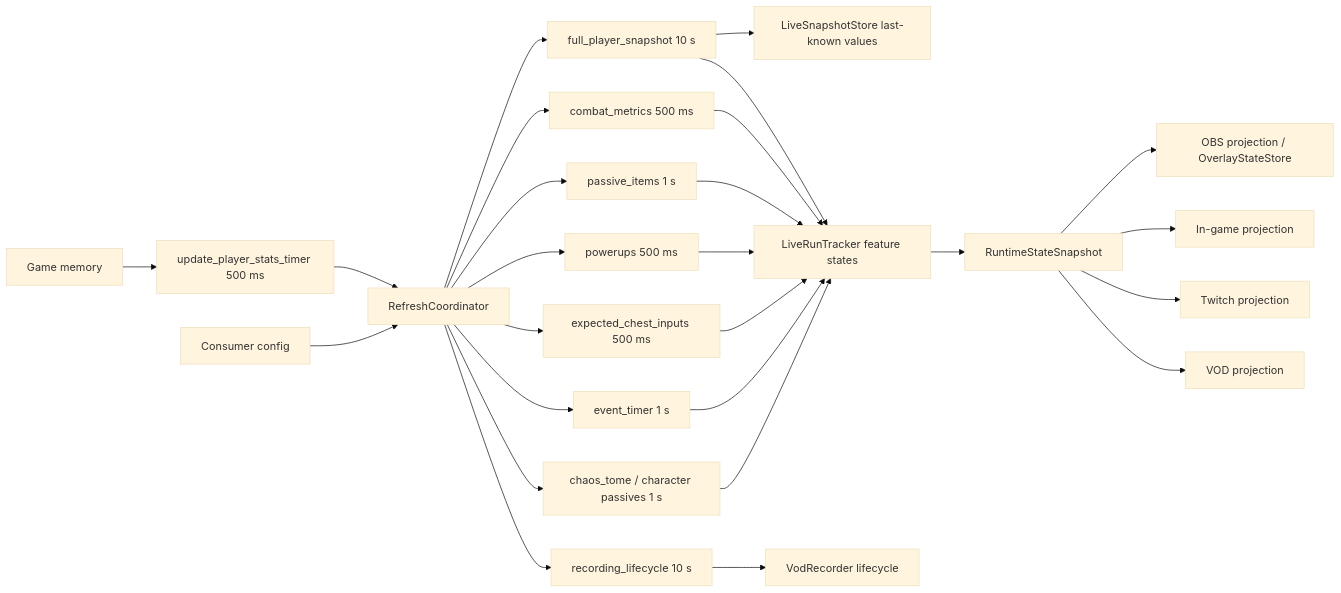
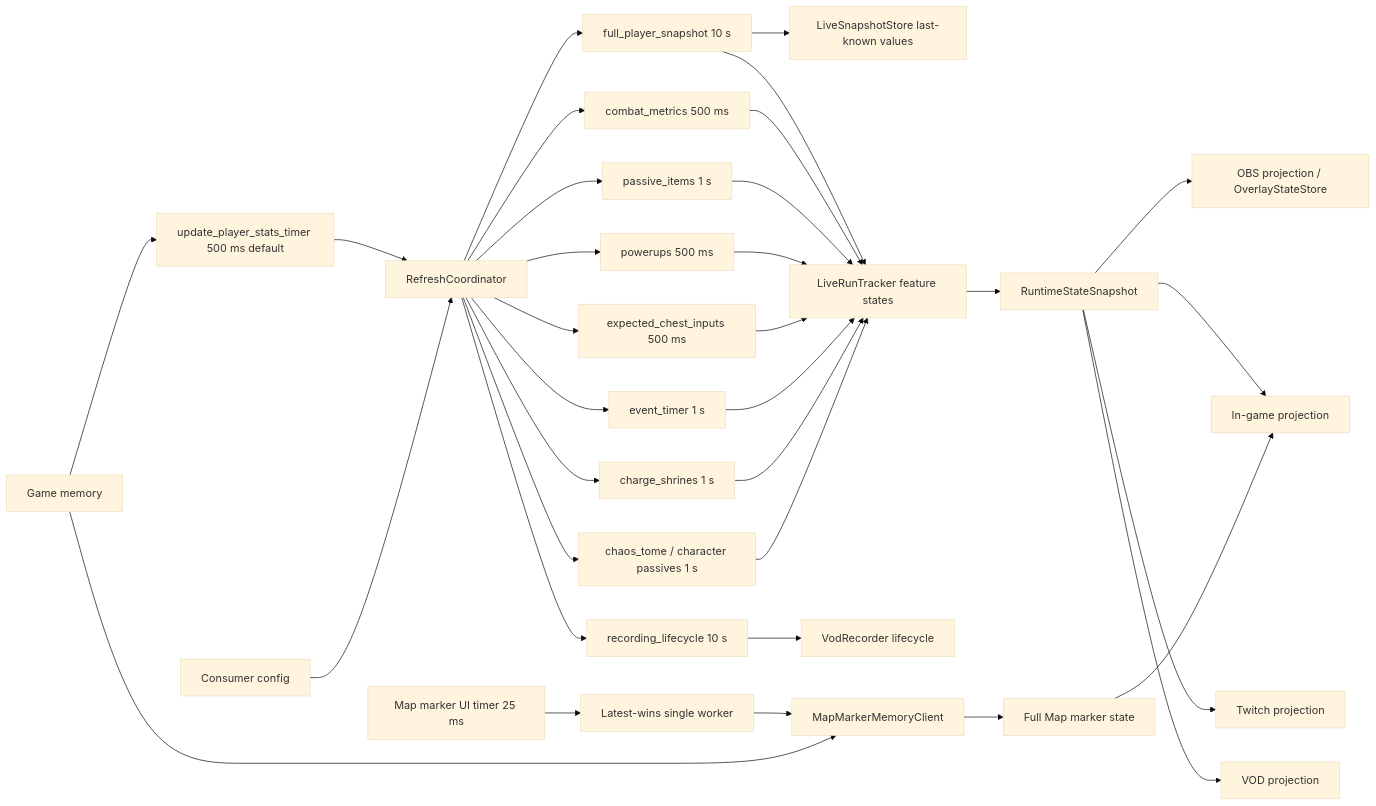
Before and after one commit to ALuiell/BonkScanner: the first of 2 diagrams in docs/design/app/data_flow_architecture.md, drawn with Mermaid (base theme). The commit also changed other lines of this file and 30 other files, not shown here.

````diff
--- a/docs/design/app/data_flow_architecture.md
+++ b/docs/design/app/data_flow_architecture.md
@@ -8,28 +10,35 @@
 ```mermaid
 flowchart LR
-    Memory[Game memory] --> Driver[update_player_stats_timer 500 ms]
+    Memory[Game memory] --> Driver[update_player_stats_timer 500 ms default]
     Driver --> Coordinator[RefreshCoordinator]
     Config[Consumer config] --> Coordinator
     Coordinator --> Lifecycle[recording_lifecycle 10 s]
     Coordinator --> Slow[full_player_snapshot 10 s]
     Coordinator --> Combat[combat_metrics 500 ms]
     Coordinator --> Passive[passive_items 1 s]
     Coordinator --> Powerups[powerups 500 ms]
     Coordinator --> Chests[expected_chest_inputs 500 ms]
     Coordinator --> Event[event_timer 1 s]
+    Coordinator --> Shrines[charge_shrines 1 s]
     Coordinator --> Chaos[chaos_tome / character passives 1 s]
     Slow --> Store[LiveSnapshotStore last-known values]
     Slow --> Tracker[LiveRunTracker feature states]
     Combat --> Tracker
     Passive --> Tracker
     Powerups --> Tracker
     Chests --> Tracker
     Event --> Tracker
+    Shrines --> Tracker
     Chaos --> Tracker
     Lifecycle --> Recorder[VodRecorder lifecycle]
     Tracker --> Snapshot[RuntimeStateSnapshot]
     Snapshot --> OBS[OBS projection / OverlayStateStore]
     Snapshot --> InGame[In-game projection]
     Snapshot --> Twitch[Twitch projection]
     Snapshot --> VOD[VOD projection]
+    MarkerTick[Map marker UI timer 25 ms] --> MarkerWorker[Latest-wins single worker]
+    MarkerWorker --> MarkerClient[MapMarkerMemoryClient]
+    Memory --> MarkerClient
+    MarkerClient --> MarkerState[Full Map marker state]
+    MarkerState --> InGame
 ```
````
